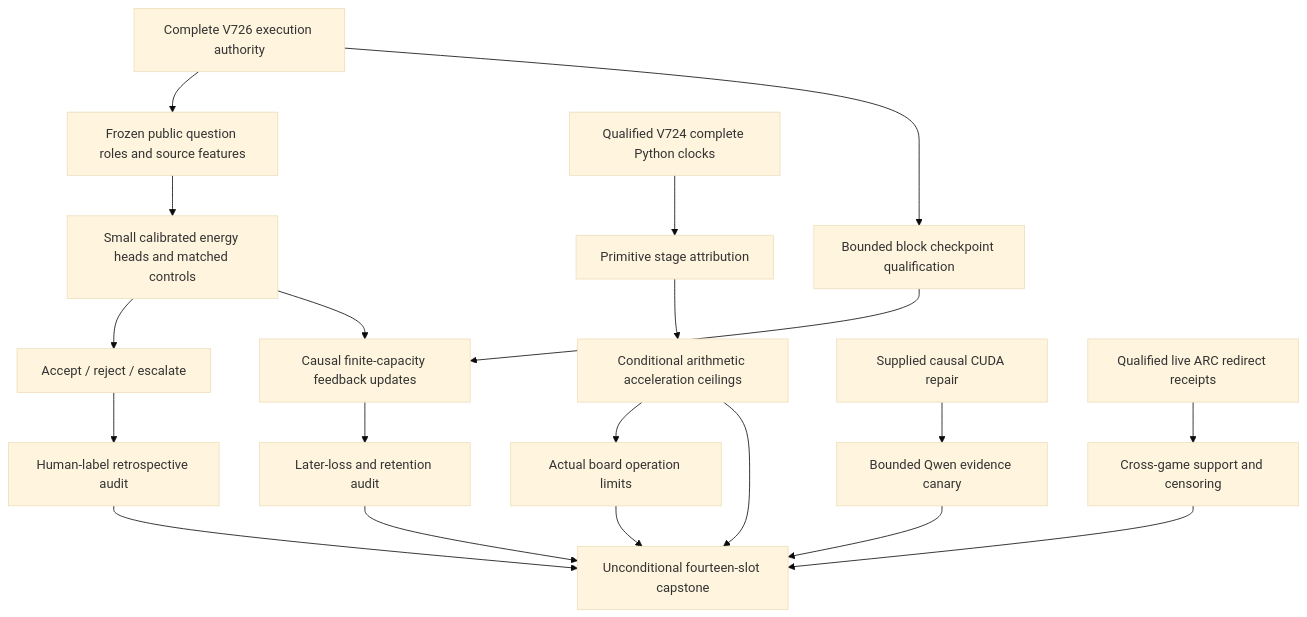
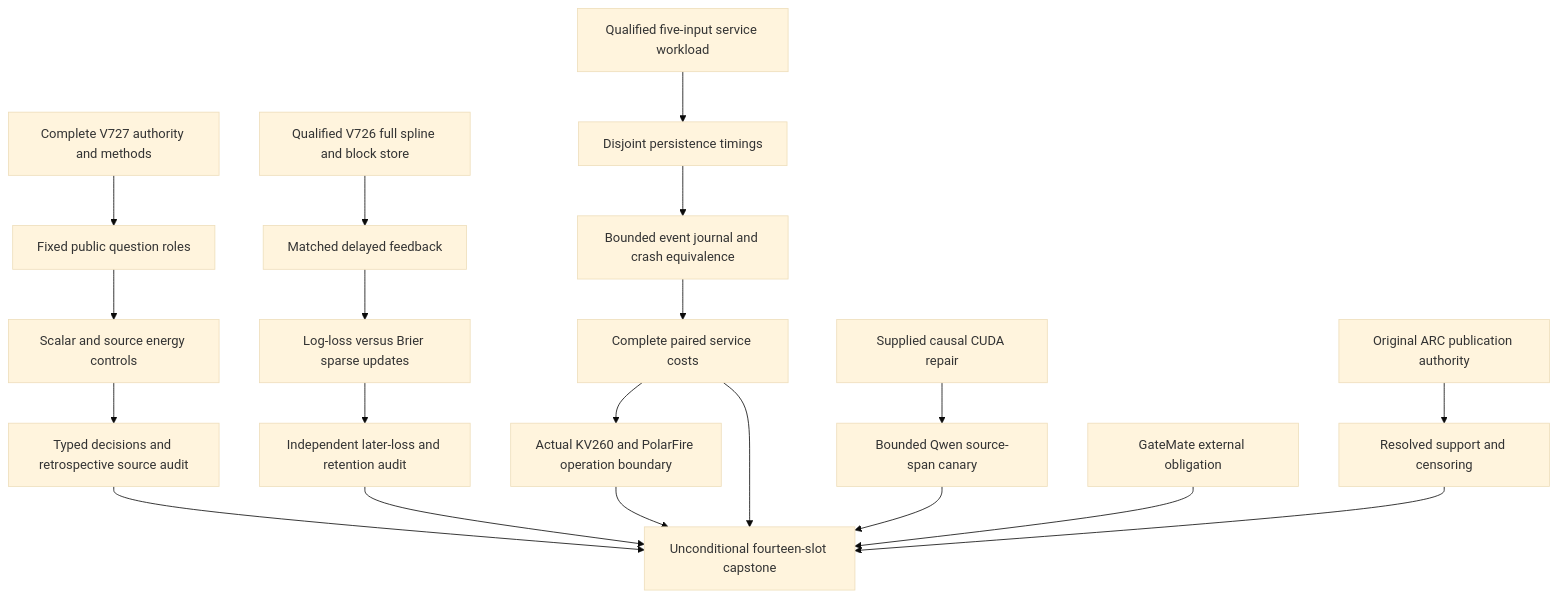
The diagram in openspec/change-proposals/research-roadmap-vNEXT.md (Carnot-EBM/carnot-ebm), drawn with Mermaid (base theme) before and after one commit. The commit also changed other lines of this file and 13 other files, not shown here.

````diff
--- a/openspec/change-proposals/research-roadmap-vNEXT.md
+++ b/openspec/change-proposals/research-roadmap-vNEXT.md
@@ -108,22 +91,22 @@
 ```mermaid
 flowchart TD
-    A[Complete V726 execution authority] --> F[Frozen public question roles and source features]
-    F --> H[Small calibrated energy heads and matched controls]
-    H --> D[Accept / reject / escalate]
-    D --> E[Human-label retrospective audit]
-    A --> S[Bounded block checkpoint qualification]
-    S --> L[Causal finite-capacity feedback updates]
-    H --> L
-    L --> R[Later-loss and retention audit]
-    P[Qualified V724 complete Python clocks] --> C[Primitive stage attribution]
-    C --> B[Conditional arithmetic acceleration ceilings]
-    B --> W[Actual board operation limits]
-    Q[Supplied causal CUDA repair] --> G[Bounded Qwen evidence canary]
-    X[Qualified live ARC redirect receipts] --> Y[Cross-game support and censoring]
-    E --> Z[Unconditional fourteen-slot capstone]
+    A[Complete V727 authority and methods] --> B[Fixed public question roles]
+    B --> C[Scalar and source energy controls]
+    C --> D[Typed decisions and retrospective source audit]
+    H[Qualified V726 full spline and block store] --> L[Matched delayed feedback]
+    L --> U[Log-loss versus Brier sparse updates]
+    U --> R[Independent later-loss and retention audit]
+    P[Qualified five-input service workload] --> T[Disjoint persistence timings]
+    T --> J[Bounded event journal and crash equivalence]
+    J --> K[Complete paired service costs]
+    Q[Supplied causal CUDA repair] --> G[Bounded Qwen source-span canary]
+    X[Original ARC publication authority] --> Y[Resolved support and censoring]
+    K --> W[Actual KV260 and PolarFire operation boundary]
+    D --> Z[Unconditional fourteen-slot capstone]
     R --> Z
-    B --> Z
+    K --> Z
     G --> Z
     Y --> Z
     W --> Z
+    O[GateMate external obligation] --> Z
 ```
````
